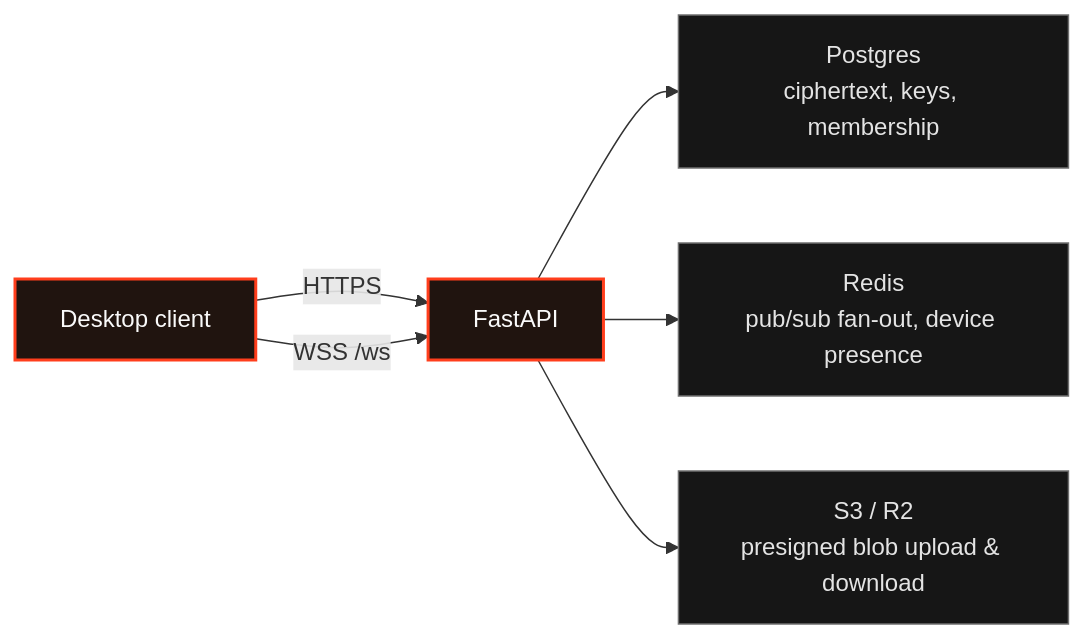
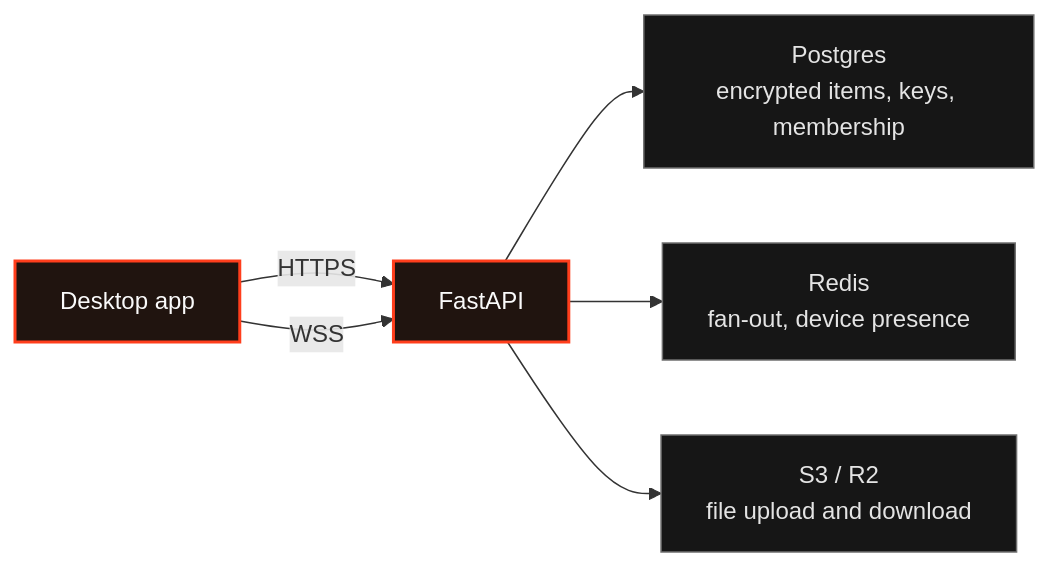
The diagram in README.md (NotRover/RoverTools-Orange-Copy-Paste-Backend), drawn with Mermaid before and after one commit. The commit also changed other lines of this file and 2 other files, not shown here.

````diff
--- a/README.md
+++ b/README.md
@@ -34,20 +19,20 @@
 ```mermaid
 flowchart LR
-    C["Desktop client"]
+    C["Desktop app"]
     F["FastAPI"]
-    PG["Postgres<br/>ciphertext, keys, membership"]
-    R["Redis<br/>pub/sub fan-out, device presence"]
-    S["S3 / R2<br/>presigned blob upload & download"]
+    PG["Postgres<br/>encrypted items, keys, membership"]
+    R["Redis<br/>fan-out, device presence"]
+    S["S3 / R2<br/>file upload and download"]
     C -- "HTTPS" --> F
-    C -- "WSS /ws" --> F
+    C -- "WSS" --> F
     F --> PG
     F --> R
     F --> S
 
     classDef client fill:#20140f,stroke:#ff3e1c,stroke-width:2px,color:#fafafa
     classDef api fill:#20140f,stroke:#ff3e1c,stroke-width:2px,color:#fafafa
     classDef store fill:#161616,stroke:#6f6f6f,color:#e4e4e4
     class C client
     class F api
     class PG,R,S store
 ```
````
